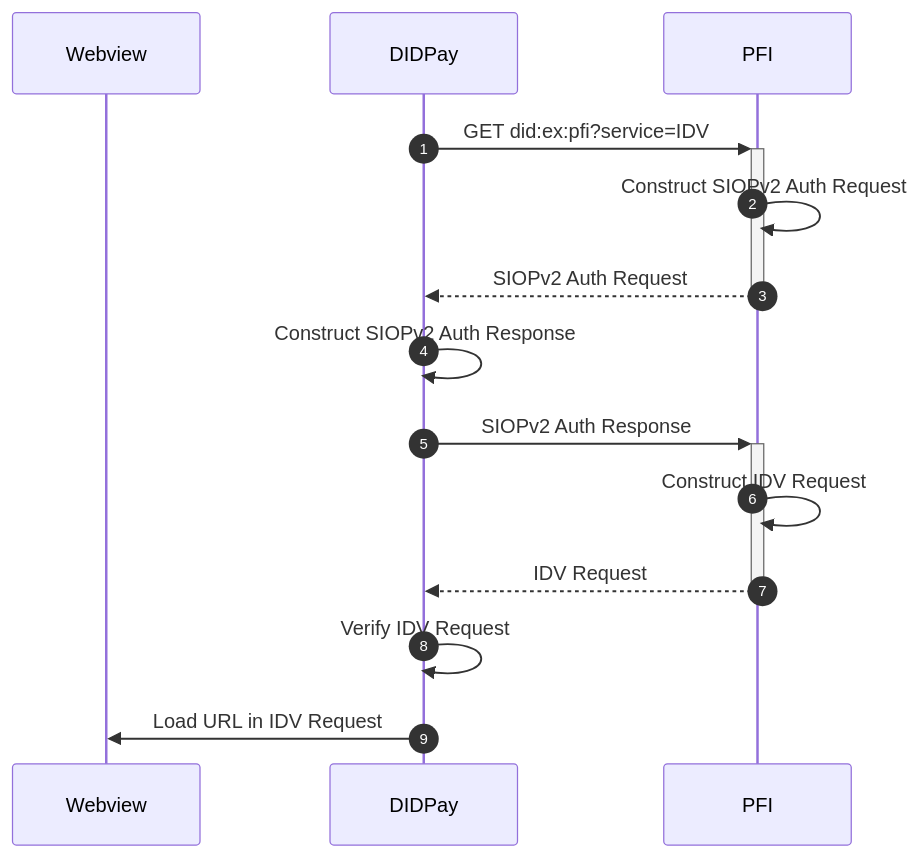
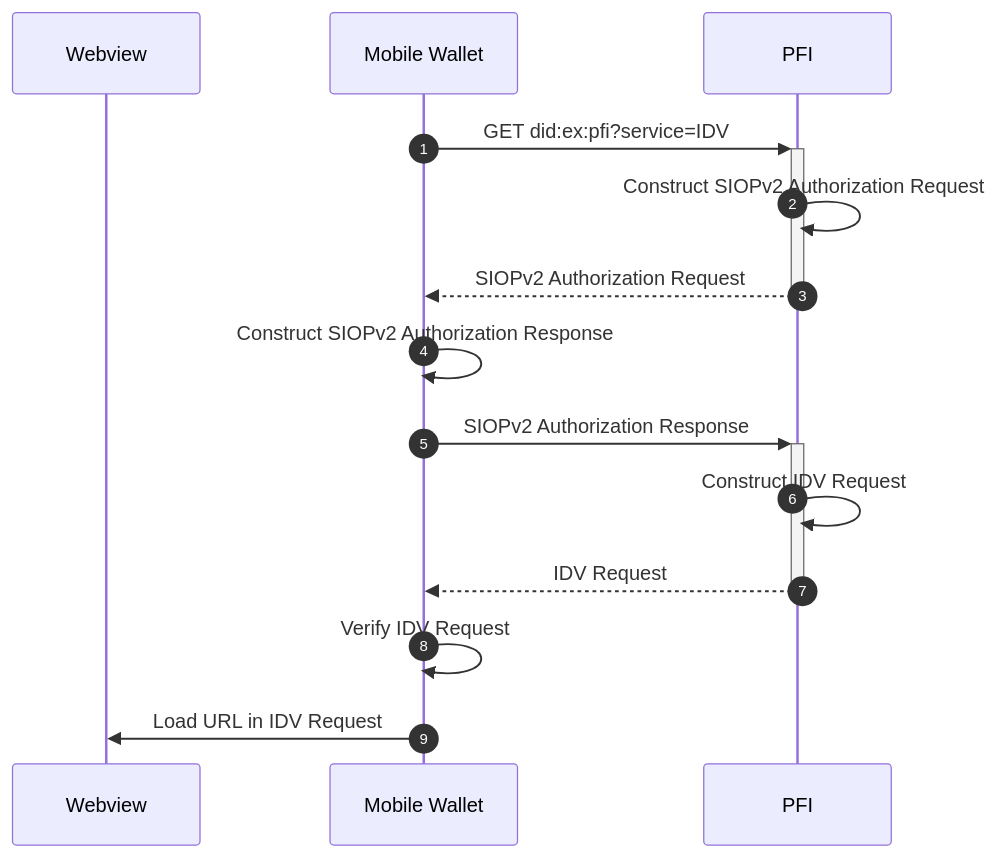
Before and after one commit to TBD54566975/known-customer-credential: the first of 4 diagrams in README.md, drawn with Mermaid. The commit also changed other lines of this file, not shown here.

Commit message:
Mobile Wallet instead of DIDPay. Authorization instead of Auth

````diff
--- a/README.md
+++ b/README.md
@@ -167,18 +164,18 @@
 ```mermaid
 sequenceDiagram
 autonumber
 
 participant W as Webview
-participant D as DIDPay
+participant D as Mobile Wallet
 participant P as PFI
 
 D->>+P: GET did:ex:pfi?service=IDV
-P->>P: Construct SIOPv2 Auth Request
-P-->>-D: SIOPv2 Auth Request
-D->>D: Construct SIOPv2 Auth Response
-D->>+P: SIOPv2 Auth Response
+P->>P: Construct SIOPv2 Authorization Request
+P-->>-D: SIOPv2 Authorization Request
+D->>D: Construct SIOPv2 Authorization Response
+D->>+P: SIOPv2 Authorization Response
 P->>P: Construct IDV Request
 P-->>-D: IDV Request
 D->>D: Verify IDV Request
 D->>W: Load URL in IDV Request
 ```
````
